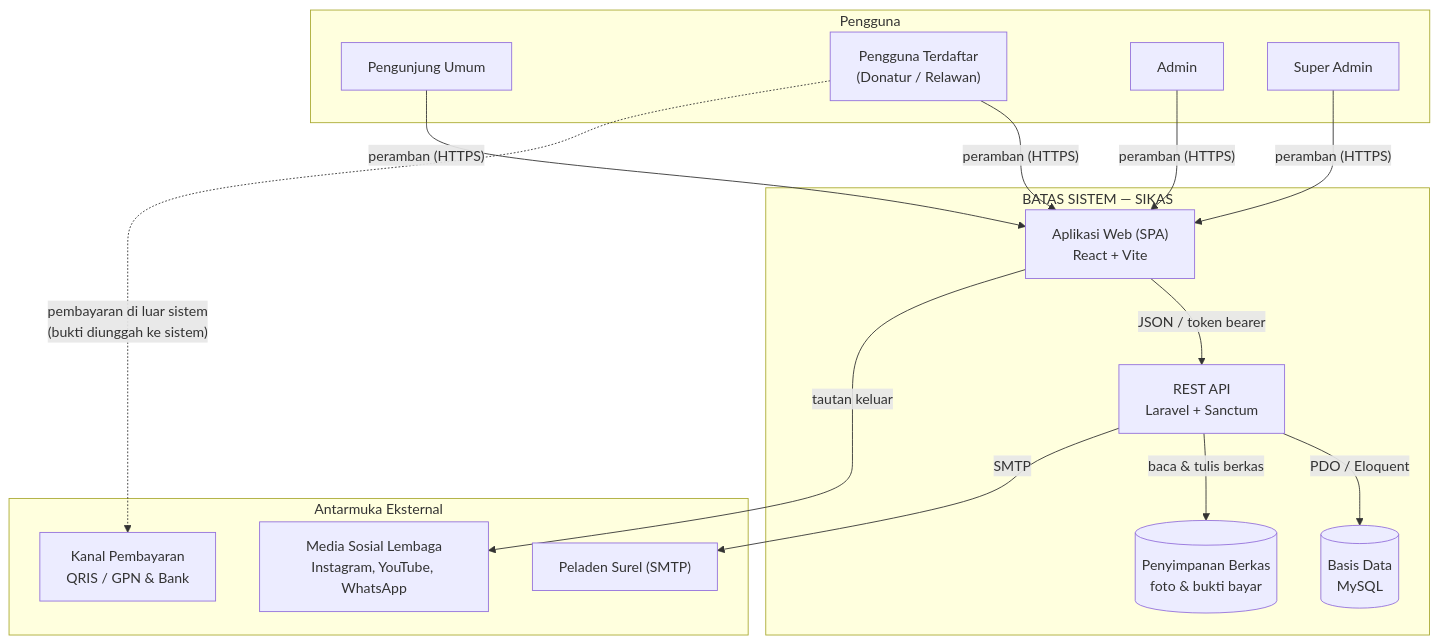
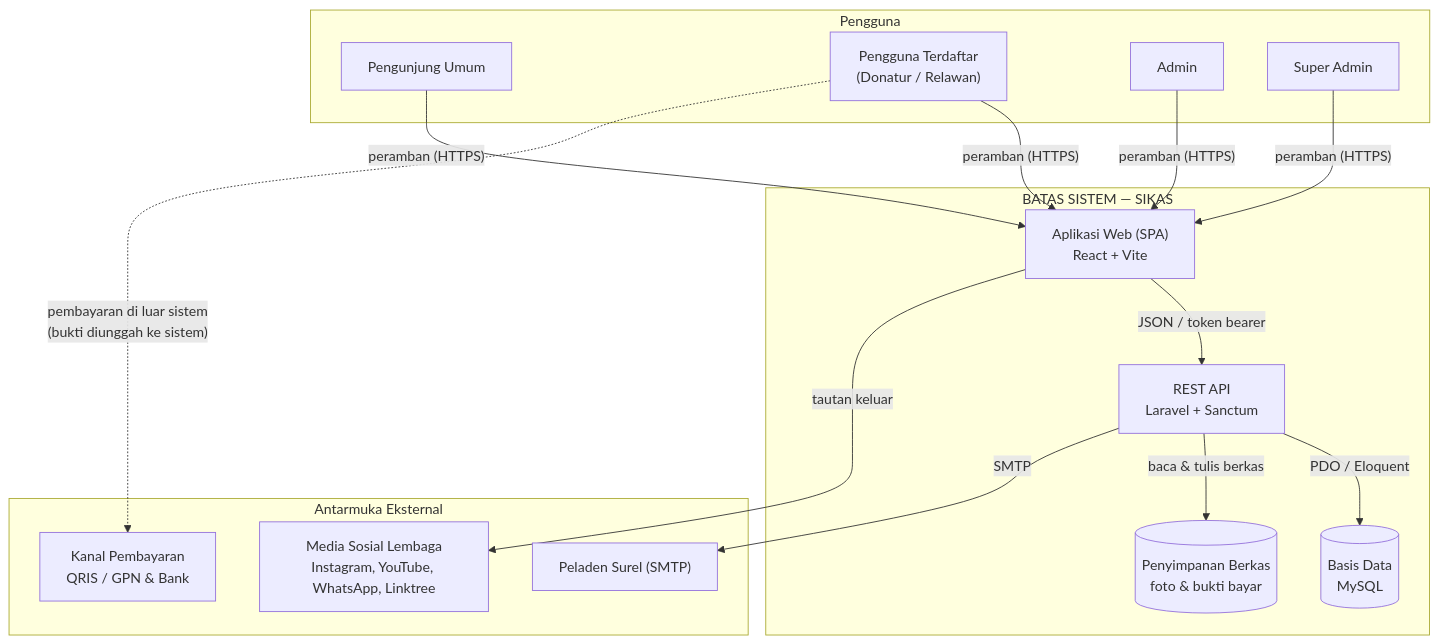
One commit to OhMyAaron/karinakas_frontend changed the diagram in SKPL.md. Above: the diagram before and after it, drawn with Mermaid. The commit also changed other lines of this file and 22 other files, not shown here.

````diff
--- a/SKPL.md
+++ b/SKPL.md
@@ -168,30 +168,30 @@
 ```mermaid
 flowchart TB
     subgraph AKTOR["Pengguna"]
         A1["Pengunjung Umum"]
         A2["Pengguna Terdaftar<br/>(Donatur / Relawan)"]
         A3["Admin"]
         A4["Super Admin"]
     end
 
     subgraph SIKAS["BATAS SISTEM — SIKAS"]
         FE["Aplikasi Web (SPA)<br/>React + Vite"]
         BE["REST API<br/>Laravel + Sanctum"]
         DB[("Basis Data<br/>MySQL")]
         FS[("Penyimpanan Berkas<br/>foto &amp; bukti bayar")]
         FE -- "JSON / token bearer" --> BE
         BE -- "PDO / Eloquent" --> DB
         BE -- "baca &amp; tulis berkas" --> FS
     end
 
     subgraph EKS["Antarmuka Eksternal"]
         MAIL["Peladen Surel (SMTP)"]
         PAY["Kanal Pembayaran<br/>QRIS / GPN &amp; Bank"]
-        SOS["Media Sosial Lembaga<br/>Instagram, YouTube, WhatsApp"]
+        SOS["Media Sosial Lembaga<br/>Instagram, YouTube, WhatsApp, Linktree"]
     end
 
     A1 & A2 & A3 & A4 -- "peramban (HTTPS)" --> FE
     BE -- "SMTP" --> MAIL
     A2 -. "pembayaran di luar sistem<br/>(bukti diunggah ke sistem)" .-> PAY
     FE -- "tautan keluar" --> SOS
 ```
````
